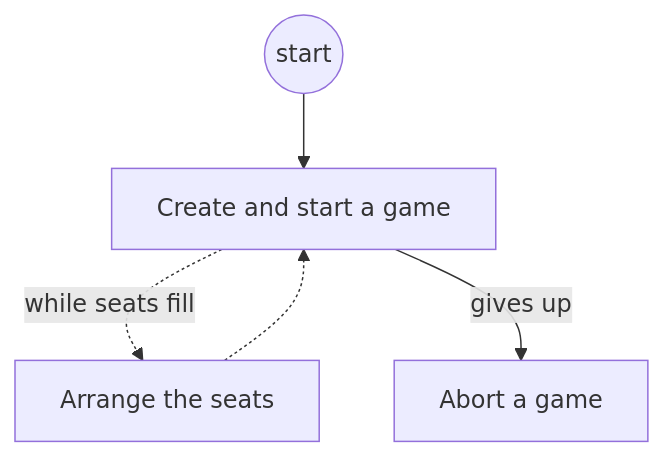
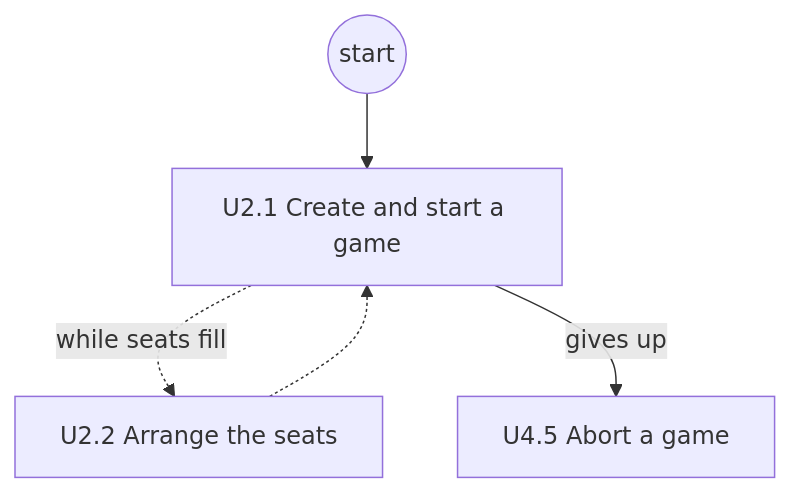
One commit to delphside/programme changed the seventh of 29 diagrams in docs/changes/workstreams/application-game-architecture/71-one-game-model/71-functional.md. Above: the diagram before and after it, drawn with Mermaid. The commit also changed other lines of this file and 1 other file, not shown here.

````diff
--- a/docs/changes/workstreams/application-game-architecture/71-one-game-model/71-functional.md
+++ b/docs/changes/workstreams/application-game-architecture/71-one-game-model/71-functional.md
@@ -161,7 +170,7 @@
 ```mermaid
 flowchart TD
-  s0((start)) --> a1["Create and start a game"]
-  a1 -. "while seats fill" .-> a2["Arrange the seats"]
+  s0((start)) --> a1["U2.1 Create and start a game"]
+  a1 -. "while seats fill" .-> a2["U2.2 Arrange the seats"]
   a2 -.-> a1
-  a1 -- "gives up" --> a4["Abort a game"]
+  a1 -- "gives up" --> a4["U4.5 Abort a game"]
 ```
````
